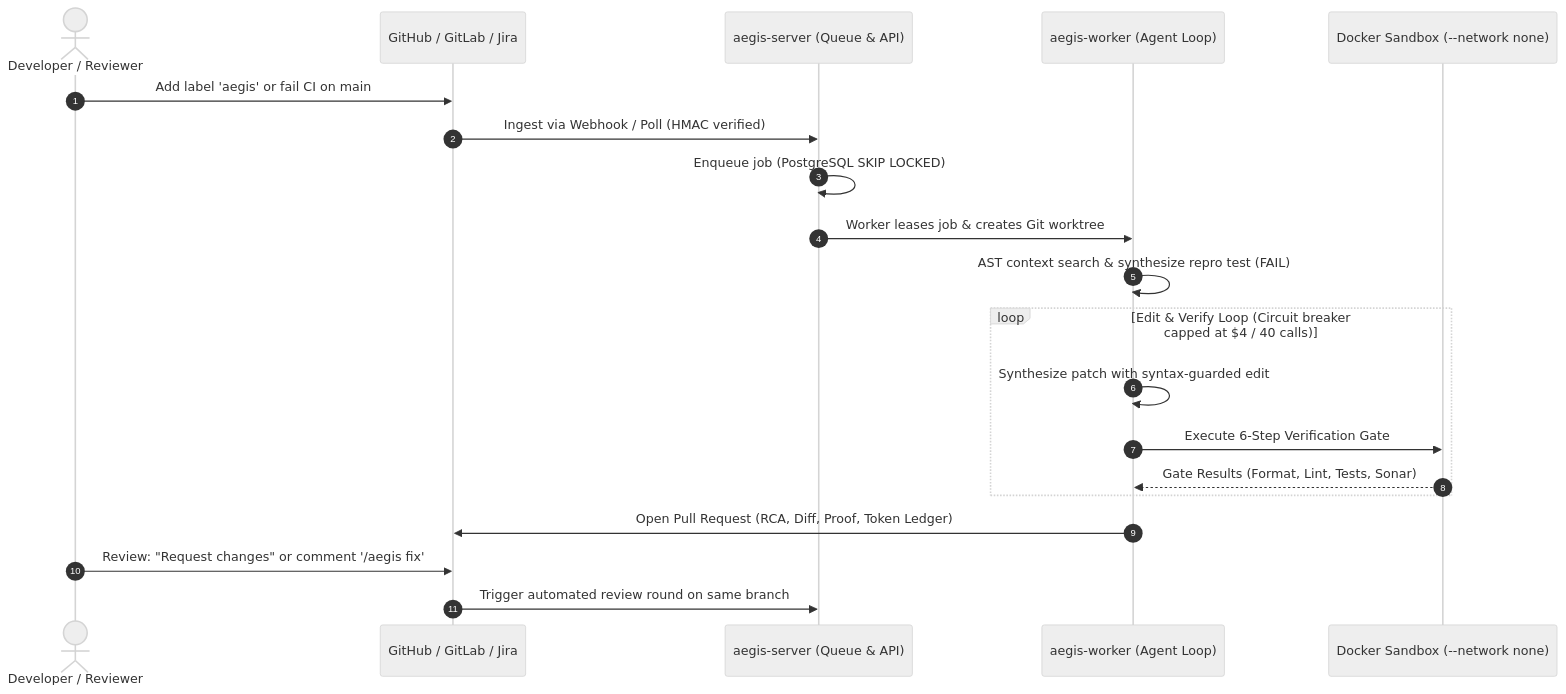
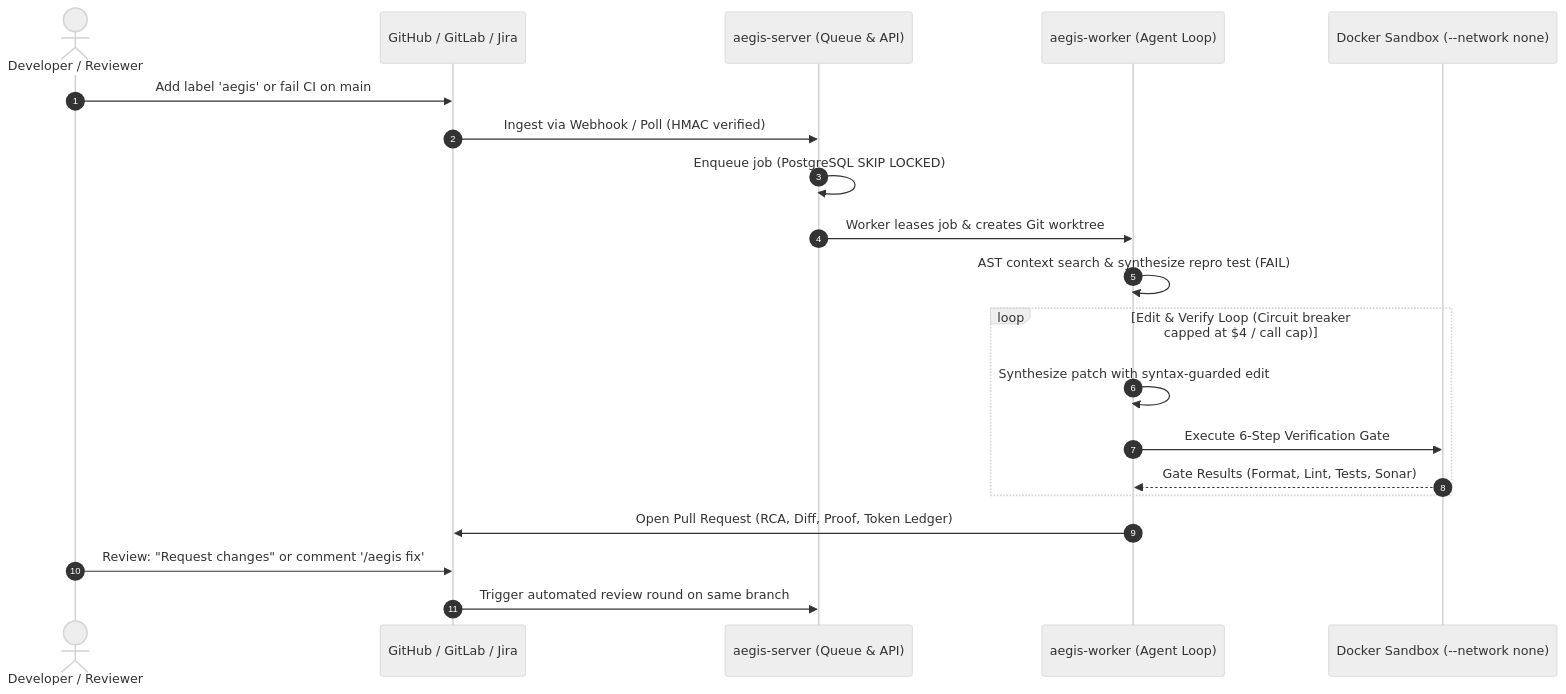
One commit to hoanghainh1188/aegis-code changed the first of 4 diagrams in README.md. Above: the diagram before and after it, drawn with Mermaid (neutral theme). The commit also changed other lines of this file and 2 other files, not shown here.

````diff
--- a/README.md
+++ b/README.md
@@ -55,23 +55,23 @@
 ```mermaid
 sequenceDiagram
     autonumber
     actor Dev as Developer / Reviewer
     participant Forge as GitHub / GitLab / Jira
     participant Server as aegis-server (Queue & API)
     participant Agent as aegis-worker (Agent Loop)
     participant Sandbox as Docker Sandbox (--network none)
 
     Dev->>Forge: Add label 'aegis' or fail CI on main
     Forge->>Server: Ingest via Webhook / Poll (HMAC verified)
     Server->>Server: Enqueue job (PostgreSQL SKIP LOCKED)
     Server->>Agent: Worker leases job & creates Git worktree
     Agent->>Agent: AST context search & synthesize repro test (FAIL)
-    loop Edit & Verify Loop (Circuit breaker capped at $4 / 40 calls)
+    loop Edit & Verify Loop (Circuit breaker capped at $4 / call cap)
         Agent->>Agent: Synthesize patch with syntax-guarded edit
         Agent->>Sandbox: Execute 6-Step Verification Gate
         Sandbox-->>Agent: Gate Results (Format, Lint, Tests, Sonar)
     end
     Agent->>Forge: Open Pull Request (RCA, Diff, Proof, Token Ledger)
     Dev->>Forge: Review: "Request changes" or comment '/aegis fix'
     Forge->>Server: Trigger automated review round on same branch
 ```
````
